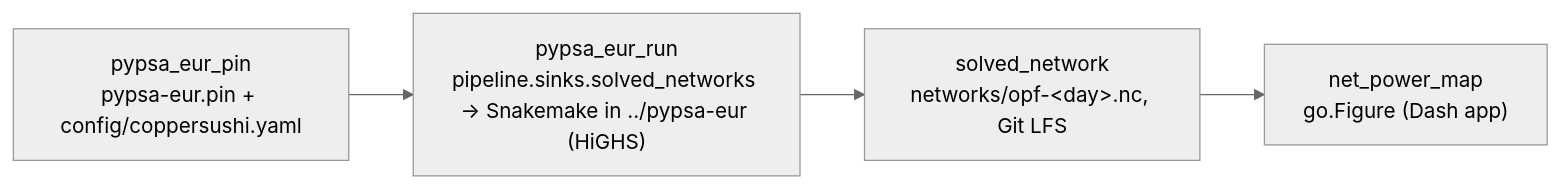
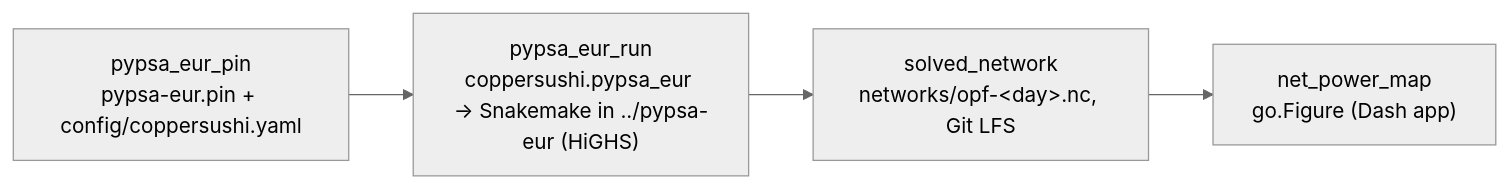
Before and after one commit to zoltanmaric/coppersushi: the diagram in wiki/sushi-2.md, drawn with Mermaid (neutral theme). The commit also changed other lines of this file and 31 other files, not shown here.

First line of the commit message:
Fold pipeline/ and scripts/ into one coppersushi package

````diff
--- a/wiki/sushi-2.md
+++ b/wiki/sushi-2.md
@@ -16,14 +16,14 @@
 ```mermaid
 flowchart LR
     classDef planned stroke-dasharray: 5 5,stroke:#888,color:#888,fill:none
 
     net_power_map["net_power_map<br/>go.Figure (Dash app)"]
 
     pypsa_eur_pin["pypsa_eur_pin<br/>pypsa-eur.pin + config/coppersushi.yaml"]
-    pypsa_eur_run["pypsa_eur_run<br/>pipeline.sinks.solved_networks → Snakemake in ../pypsa-eur (HiGHS)"]
+    pypsa_eur_run["pypsa_eur_run<br/>coppersushi.pypsa_eur → Snakemake in ../pypsa-eur (HiGHS)"]
     solved_network["solved_network<br/>networks/opf-&lt;day&gt;.nc, Git LFS"]
 
     pypsa_eur_pin --> pypsa_eur_run
     pypsa_eur_run --> solved_network
     solved_network --> net_power_map
 ```
````
